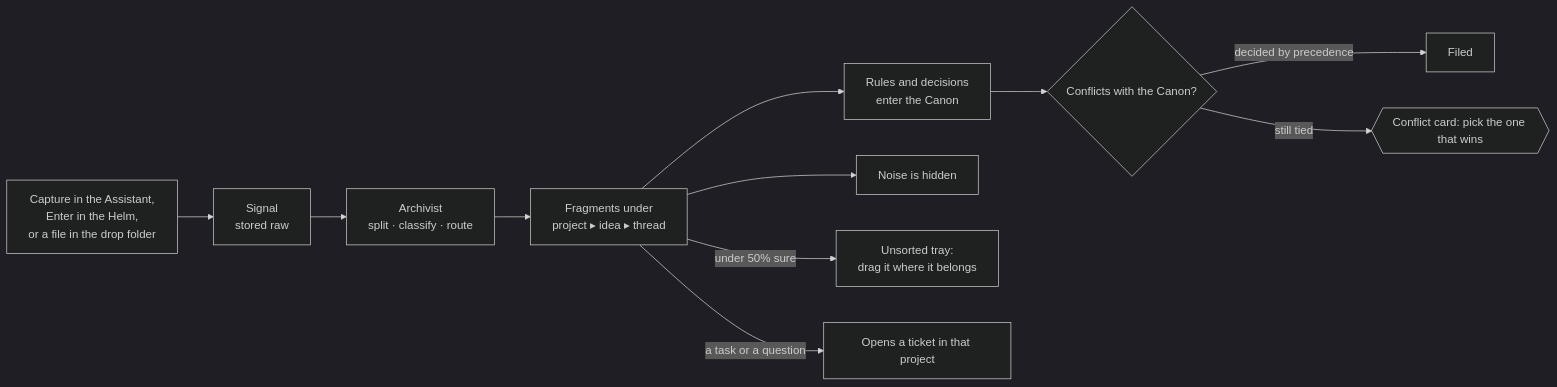
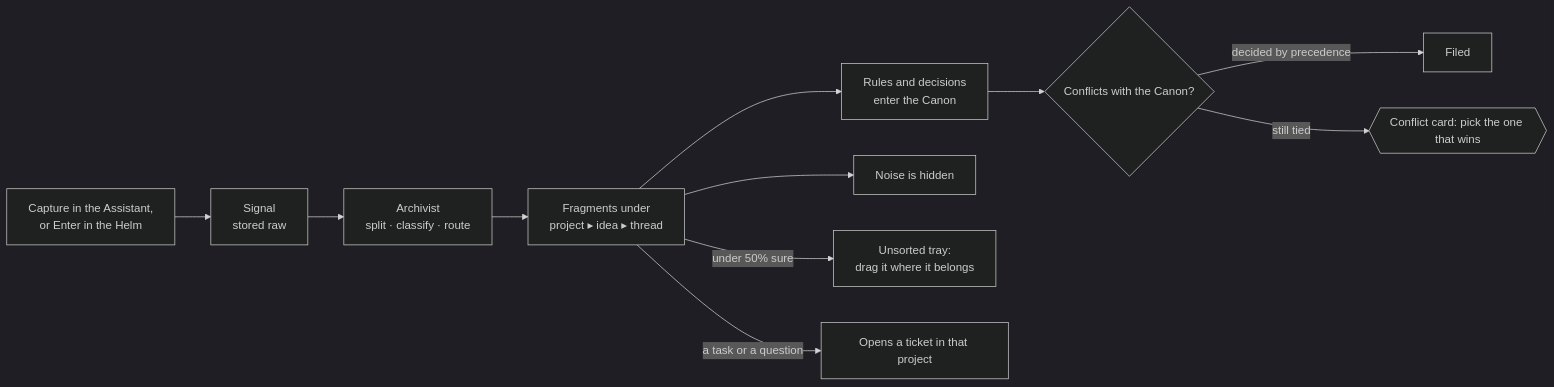
Before and after one commit to PlonterAsi/SoftwareFactory: the fourth of 11 diagrams in docs/flows.md, drawn with Mermaid (dark theme). The commit also changed 19 other files, not shown here.

First line of the commit message:
Remove the drop folder (24 Nov audit: 0 notes ever came in through it)

````diff
--- a/docs/flows.md
+++ b/docs/flows.md
@@ -116,13 +116,13 @@
 ```mermaid
 flowchart LR
-  say["Capture in the Assistant,<br/>Enter in the Helm,<br/>or a file in the drop folder"] --> sig["Signal<br/>stored raw"]
+  say["Capture in the Assistant,<br/>or Enter in the Helm"] --> sig["Signal<br/>stored raw"]
   sig --> arch["Archivist<br/>split · classify · route"]
   arch --> frag["Fragments under<br/>project ▸ idea ▸ thread"]
   frag --> canon["Rules and decisions<br/>enter the Canon"]
   frag --> noise["Noise is hidden"]
   frag -->|"under 50% sure"| unsorted["Unsorted tray:<br/>drag it where it belongs"]
   canon --> check{"Conflicts with the Canon?"}
   check -->|"decided by precedence"| done["Filed"]
   check -->|"still tied"| card{{"Conflict card: pick the one that wins"}}
   frag -->|"a task or a question"| ticket["Opens a ticket in that project"]
 ```
````
